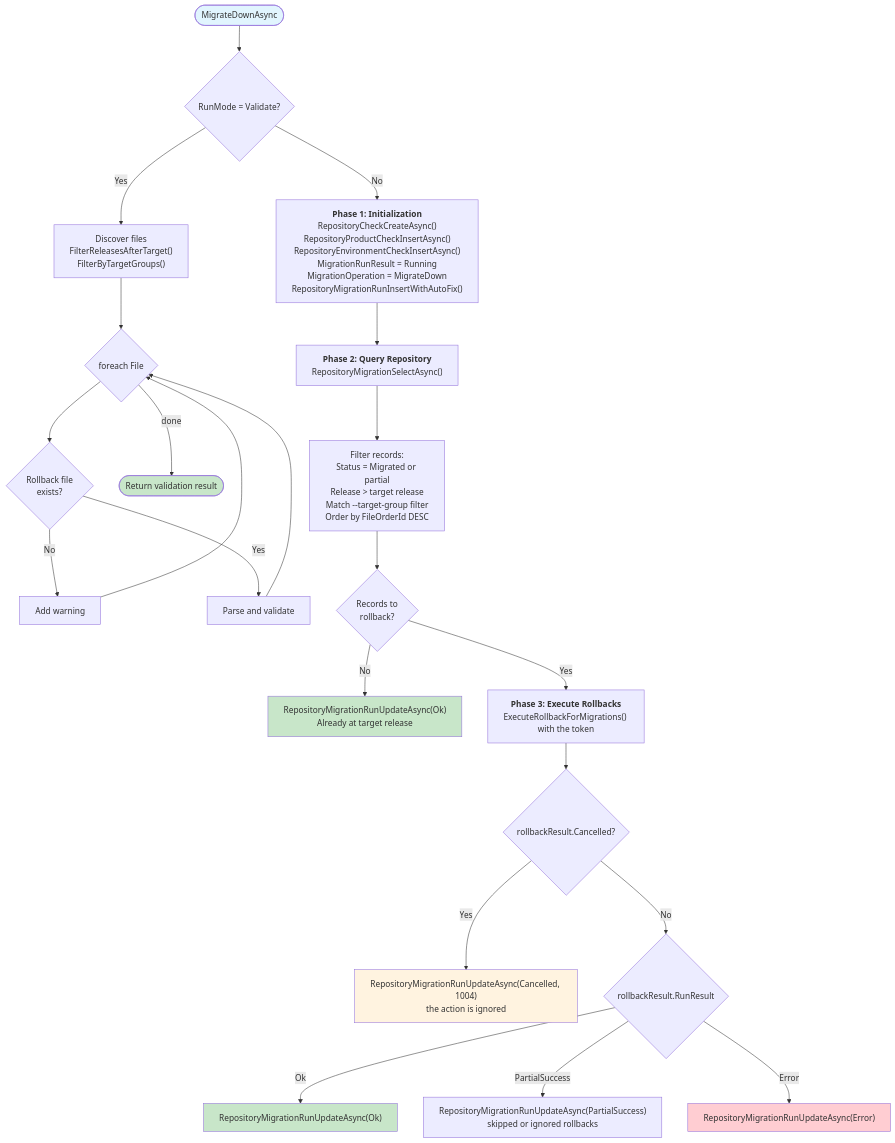
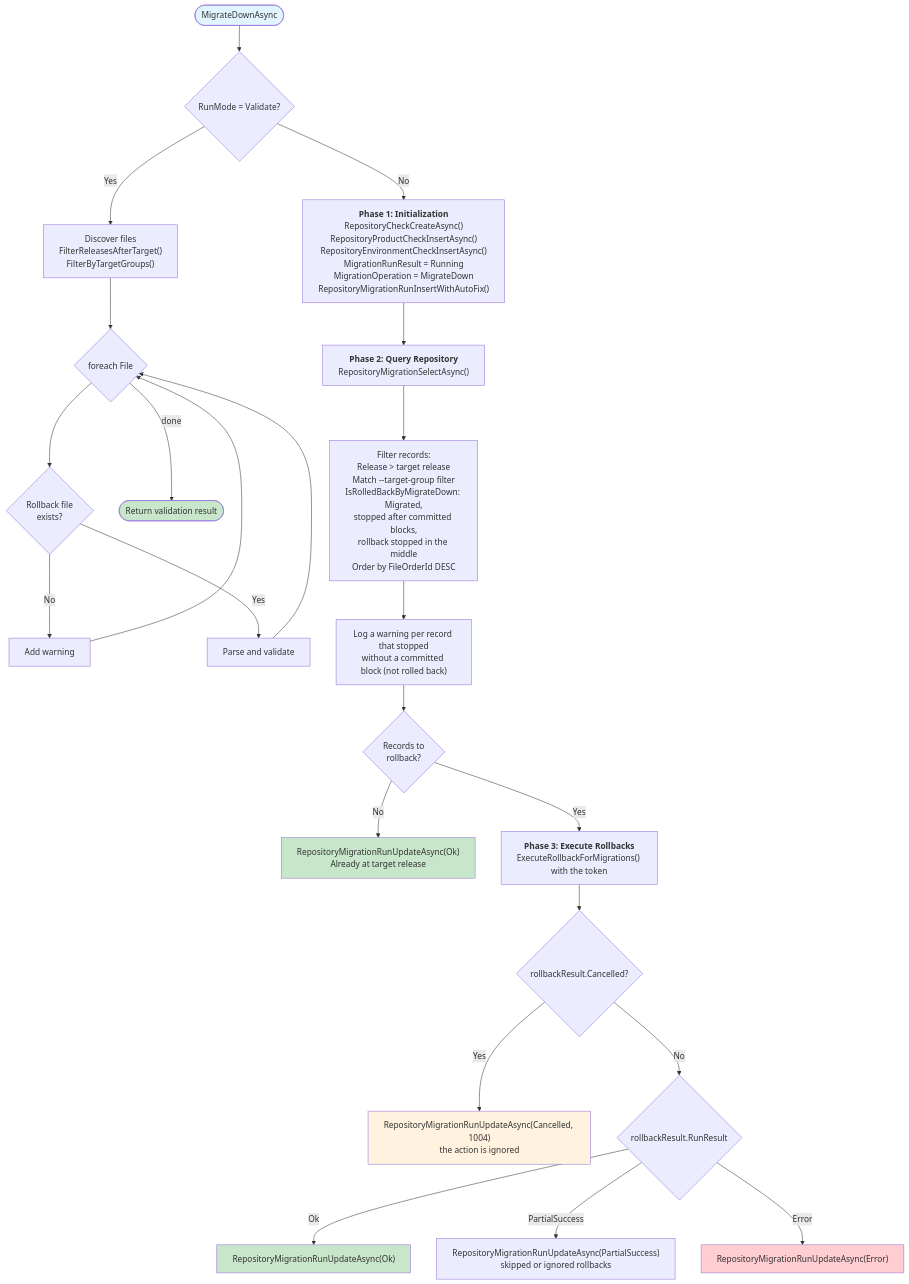
Before and after one commit to RAYCOON/RayMigrator: the fifth of 6 diagrams in Docs/04-service-layer/activity-diagrams.md, drawn with Mermaid. The commit also changed other lines of this file and 31 other files, not shown here.

````diff
--- a/Docs/04-service-layer/activity-diagrams.md
+++ b/Docs/04-service-layer/activity-diagrams.md
@@ -238,37 +240,38 @@
 ```mermaid
 flowchart TD
     Start([MigrateDownAsync]) --> ValidateMode{RunMode = Validate?}
 
     ValidateMode -->|Yes| ValBranch["Discover files<br/>FilterReleasesAfterTarget()<br/>FilterByTargetGroups()"]
     ValBranch --> ValLoop{"foreach File"}
     ValLoop --> CheckRb{Rollback file<br/>exists?}
     CheckRb -->|No| ValWarn["Add warning"]
     CheckRb -->|Yes| ValParse["Parse and validate"]
     ValWarn --> ValLoop
     ValParse --> ValLoop
     ValLoop -->|done| ValReturn(["Return validation result"])
 
     ValidateMode -->|No| P1["<b>Phase 1: Initialization</b><br/>RepositoryCheckCreateAsync()<br/>RepositoryProductCheckInsertAsync()<br/>RepositoryEnvironmentCheckInsertAsync()<br/>MigrationRunResult = Running<br/>MigrationOperation = MigrateDown<br/>RepositoryMigrationRunInsertWithAutoFix()"]
 
     P1 --> P2["<b>Phase 2: Query Repository</b><br/>RepositoryMigrationSelectAsync()"]
-    P2 --> FilterRollback["Filter records:<br/>Status = Migrated or partial<br/>Release > target release<br/>Match --target-group filter<br/>Order by FileOrderId DESC"]
+    P2 --> FilterRollback["Filter records:<br/>Release > target release<br/>Match --target-group filter<br/>IsRolledBackByMigrateDown: Migrated,<br/>stopped after committed blocks,<br/>rollback stopped in the middle<br/>Order by FileOrderId DESC"]
 
-    FilterRollback --> HasRecords{Records to<br/>rollback?}
+    FilterRollback --> WarnStopped["Log a warning per record that stopped<br/>without a committed block (not rolled back)"]
+    WarnStopped --> HasRecords{Records to<br/>rollback?}
     HasRecords -->|No| EarlyOk["RepositoryMigrationRunUpdateAsync(Ok)<br/>Already at target release"]
 
     HasRecords -->|Yes| P3["<b>Phase 3: Execute Rollbacks</b><br/>ExecuteRollbackForMigrations() with the token"]
 
     P3 --> Cancelled{rollbackResult.Cancelled?}
     Cancelled -->|Yes| FinalCancel["RepositoryMigrationRunUpdateAsync(Cancelled, 1004)<br/>the action is ignored"]
     Cancelled -->|No| FinalCheck{rollbackResult.RunResult}
     FinalCheck -->|Ok| FinalOk["RepositoryMigrationRunUpdateAsync(Ok)"]
     FinalCheck -->|PartialSuccess| FinalPartial["RepositoryMigrationRunUpdateAsync(PartialSuccess)<br/>skipped or ignored rollbacks"]
     FinalCheck -->|Error| FinalErr["RepositoryMigrationRunUpdateAsync(Error)"]
 
     style Start fill:#e1f5fe
     style ValReturn fill:#c8e6c9
     style EarlyOk fill:#c8e6c9
     style FinalOk fill:#c8e6c9
     style FinalErr fill:#ffcdd2
     style FinalCancel fill:#fff3e0
 ```
````
